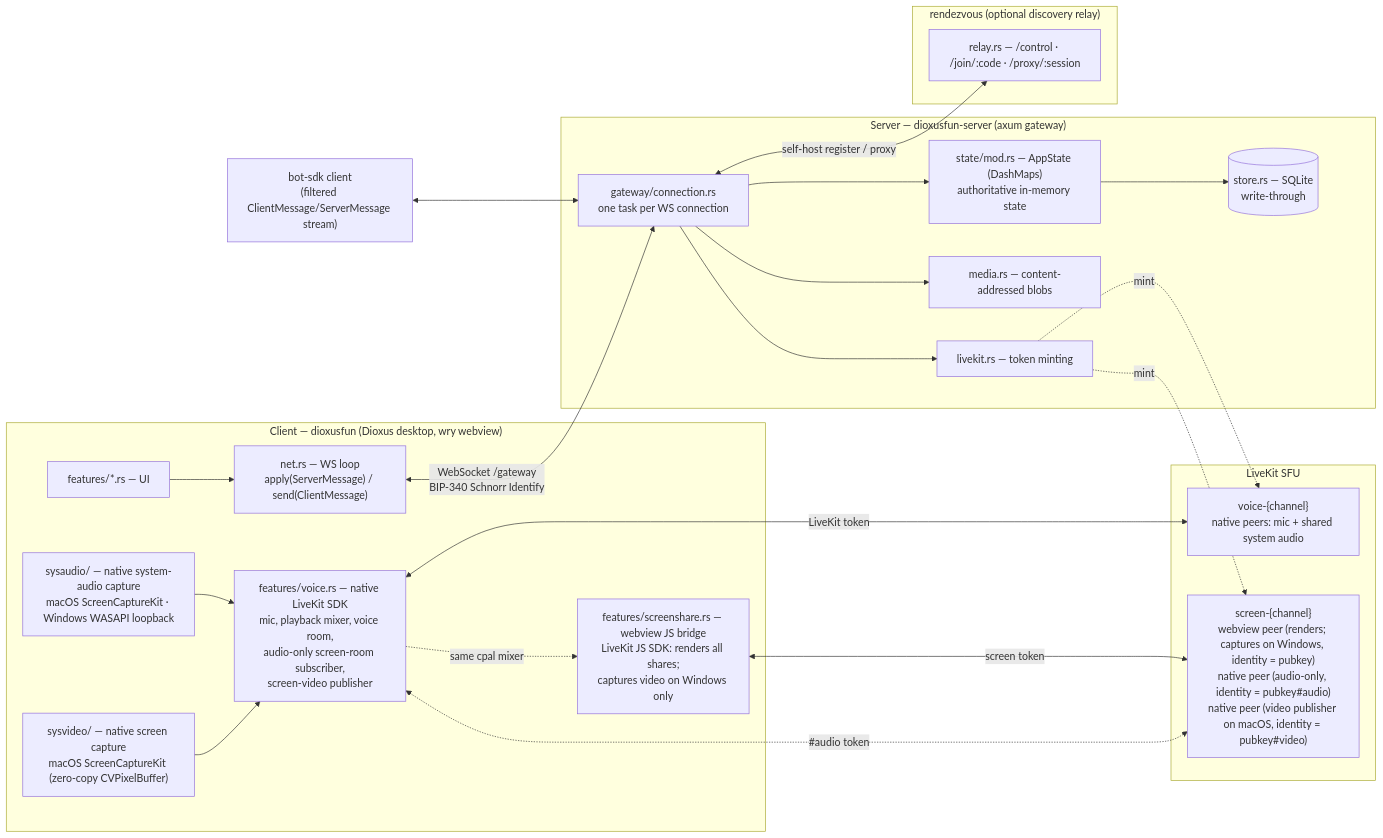
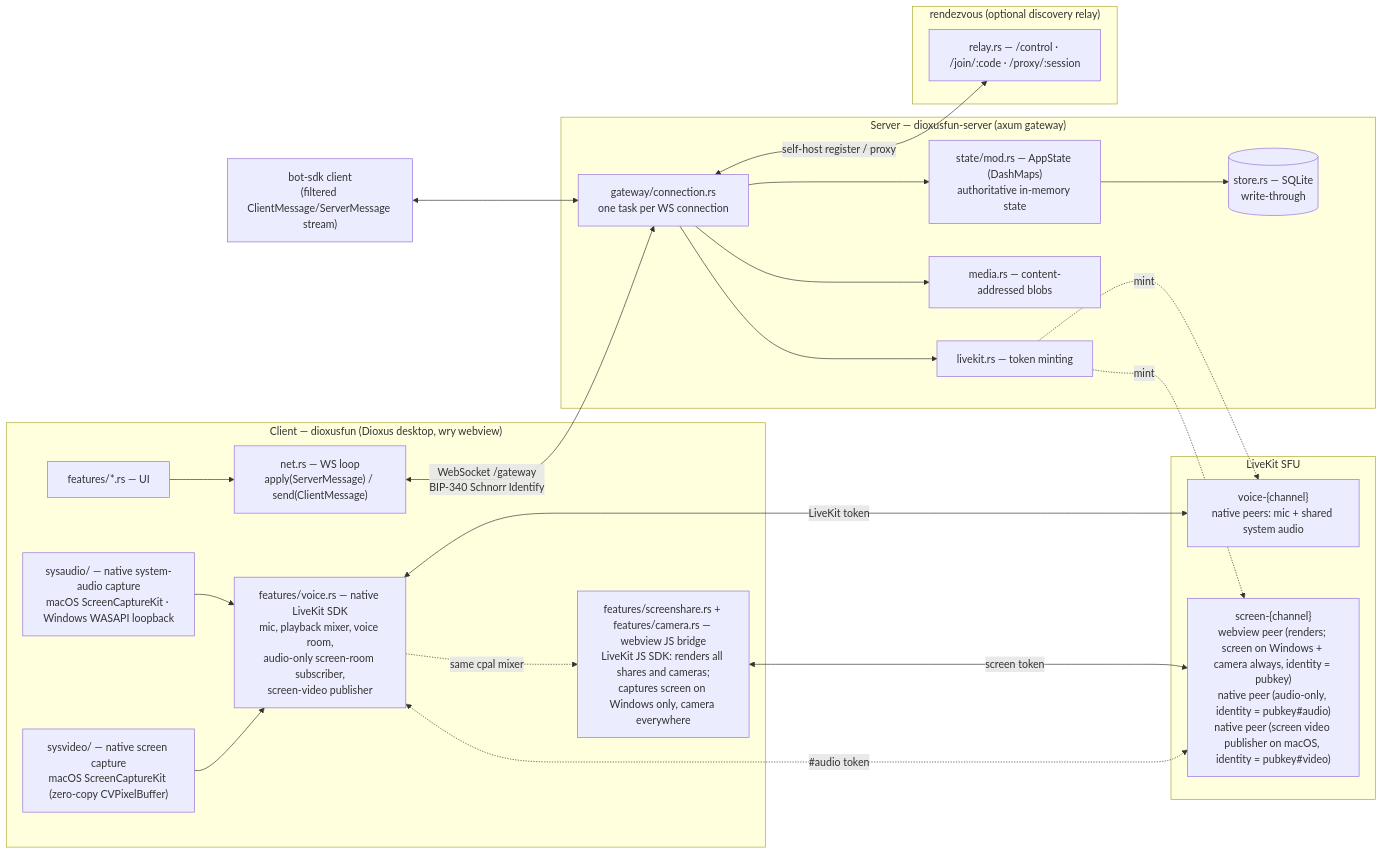
One commit to ssotomayor/discordia changed the diagram in CLAUDE.md. Above: the diagram before and after it, drawn with Mermaid. The commit also changed other lines of this file and 19 other files, not shown here.

First line of the commit message:
camera: share your webcam in a voice channel

````diff
--- a/CLAUDE.md
+++ b/CLAUDE.md
@@ -29,46 +29,46 @@
 ```mermaid
 flowchart LR
     subgraph Client["Client — dioxusfun (Dioxus desktop, wry webview)"]
         UI["features/*.rs — UI"]
         Net["net.rs — WS loop<br/>apply(ServerMessage) / send(ClientMessage)"]
         Voice["features/voice.rs — native LiveKit SDK<br/>mic, playback mixer, voice room,<br/>audio-only screen-room subscriber,<br/>screen-video publisher"]
         SysAudio["sysaudio/ — native system-audio capture<br/>macOS ScreenCaptureKit · Windows WASAPI loopback"]
         SysVideo["sysvideo/ — native screen capture<br/>macOS ScreenCaptureKit (zero-copy CVPixelBuffer)"]
-        WebJS["features/screenshare.rs — webview JS bridge<br/>LiveKit JS SDK: renders all shares;<br/>captures video on Windows only"]
+        WebJS["features/screenshare.rs + features/camera.rs — webview JS bridge<br/>LiveKit JS SDK: renders all shares and cameras;<br/>captures screen on Windows only, camera everywhere"]
         UI --> Net
         SysAudio --> Voice
         SysVideo --> Voice
         Voice -. same cpal mixer .-> WebJS
     end
 
     subgraph Server["Server — dioxusfun-server (axum gateway)"]
         Gateway["gateway/connection.rs<br/>one task per WS connection"]
         State["state/mod.rs — AppState (DashMaps)<br/>authoritative in-memory state"]
         Store[("store.rs — SQLite<br/>write-through")]
         Media["media.rs — content-addressed blobs"]
         LK["livekit.rs — token minting"]
         Gateway --> State --> Store
         Gateway --> Media
         Gateway --> LK
     end
 
     subgraph SFU["LiveKit SFU"]
         VoiceRoom["voice-{channel}<br/>native peers: mic + shared system audio"]
-        ScreenRoom["screen-{channel}<br/>webview peer (renders; captures on Windows, identity = pubkey)<br/>native peer (audio-only, identity = pubkey#audio)<br/>native peer (video publisher on macOS, identity = pubkey#video)"]
+        ScreenRoom["screen-{channel}<br/>webview peer (renders; screen on Windows + camera always, identity = pubkey)<br/>native peer (audio-only, identity = pubkey#audio)<br/>native peer (screen video publisher on macOS, identity = pubkey#video)"]
     end
 
     subgraph Rendezvous["rendezvous (optional discovery relay)"]
         Relay["relay.rs — /control · /join/:code · /proxy/:session"]
     end
 
     Bot["bot-sdk client<br/>(filtered ClientMessage/ServerMessage stream)"]
 
     Net <-->|"WebSocket /gateway<br/>BIP-340 Schnorr Identify"| Gateway
     Bot <--> Gateway
     Voice <-->|LiveKit token| VoiceRoom
     WebJS <-->|screen token| ScreenRoom
     Voice <-.->|"#audio token"| ScreenRoom
     LK -.mint.-> VoiceRoom
     LK -.mint.-> ScreenRoom
     Gateway <-->|self-host register / proxy| Relay
 ```
````
